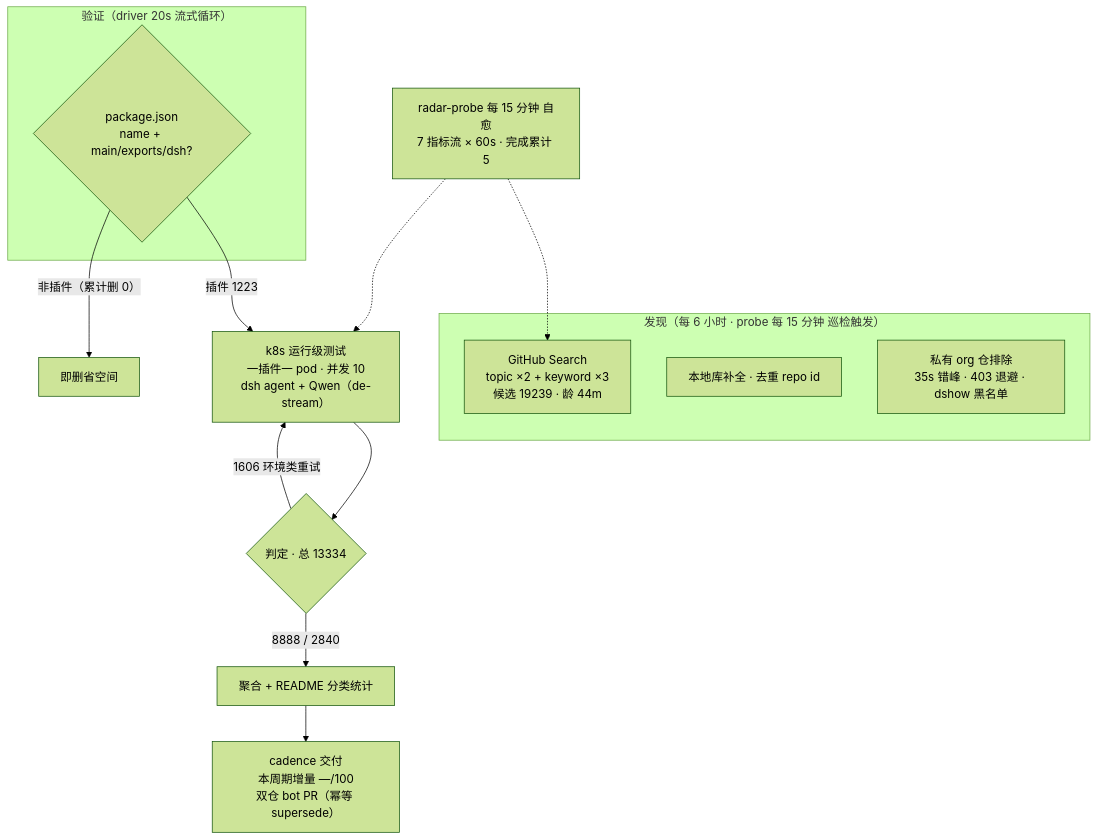
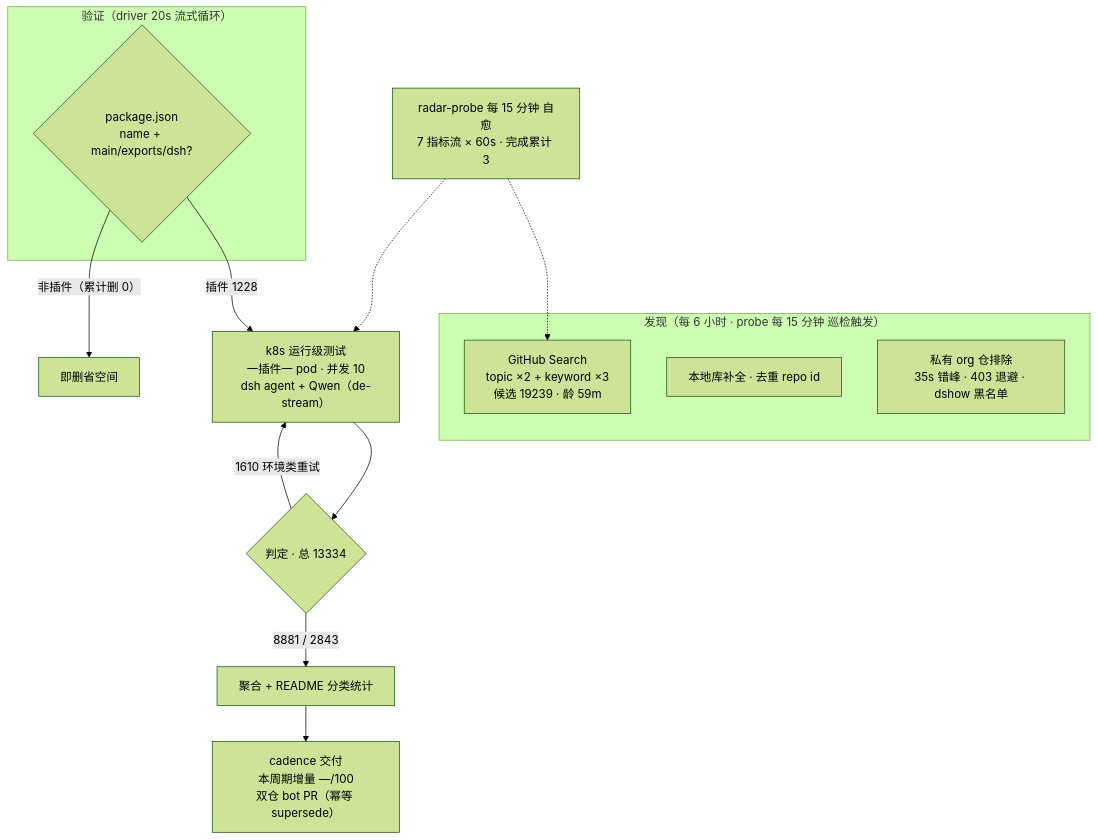
Before and after one commit to Zhidao-Lab-OSS/awesome-dsh-plugins: the diagram in README.md, drawn with Mermaid (forest theme). The commit also changed other lines of this file and 1 other file, not shown here.

````diff
--- a/README.md
+++ b/README.md
@@ -55,20 +56,20 @@
 ```mermaid
 flowchart TB
     subgraph Discovery["发现（每 6 小时 · probe 每 15 分钟 巡检触发）"]
-        A1["GitHub Search<br/>topic ×2 + keyword ×3<br/>候选 19239 · 龄 44m"]
+        A1["GitHub Search<br/>topic ×2 + keyword ×3<br/>候选 19239 · 龄 59m"]
         A2["本地库补全 · 去重 repo id"]
         A3["私有 org 仓排除<br/>35s 错峰 · 403 退避 · dshow 黑名单"]
     end
     subgraph Validation["验证（driver 20s 流式循环）"]
         B1{"package.json<br/>name + main/exports/dsh?"}
     end
-    B1 -->|"插件 1223"| C1["k8s 运行级测试<br/>一插件一 pod · 并发 10<br/>dsh agent + Qwen（de-stream）"]
+    B1 -->|"插件 1228"| C1["k8s 运行级测试<br/>一插件一 pod · 并发 10<br/>dsh agent + Qwen（de-stream）"]
     B1 -->|"非插件（累计删 0）"| B3["即删省空间"]
     C1 --> D1{"判定 · 总 13334"}
-    D1 -->|"8888 / 2840"| E1["聚合 + README 分类统计"]
-    D1 -->|"1606 环境类重试"| C1
+    D1 -->|"8881 / 2843"| E1["聚合 + README 分类统计"]
+    D1 -->|"1610 环境类重试"| C1
     E1 --> E2["cadence 交付<br/>本周期增量 —/100<br/>双仓 bot PR（幂等 supersede）"]
-    M["radar-probe 每 15 分钟 自愈<br/>7 指标流 × 60s · 完成累计 5"]
+    M["radar-probe 每 15 分钟 自愈<br/>7 指标流 × 60s · 完成累计 3"]
     M -.-> A1
     M -.-> C1
 ```
````
